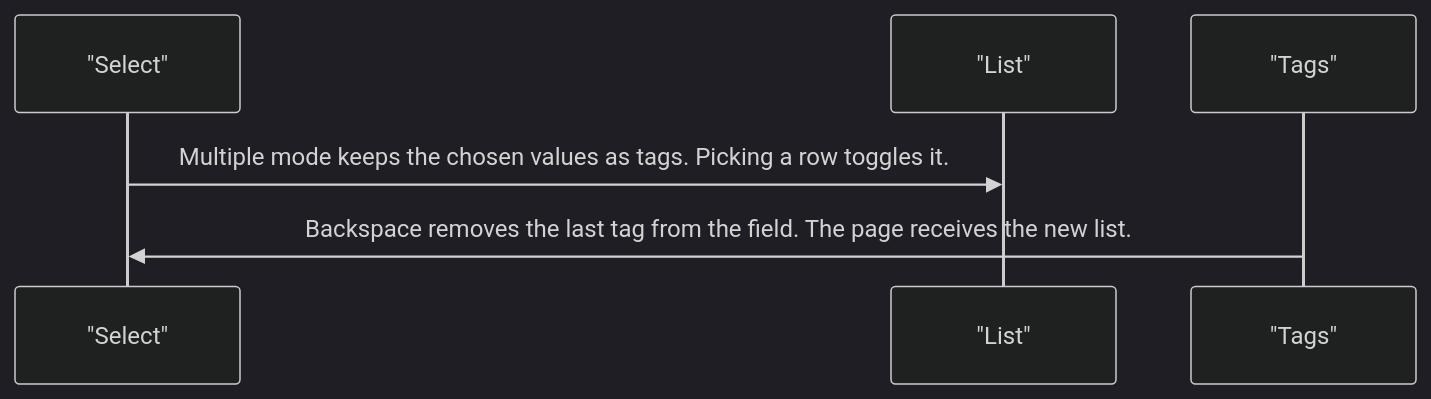
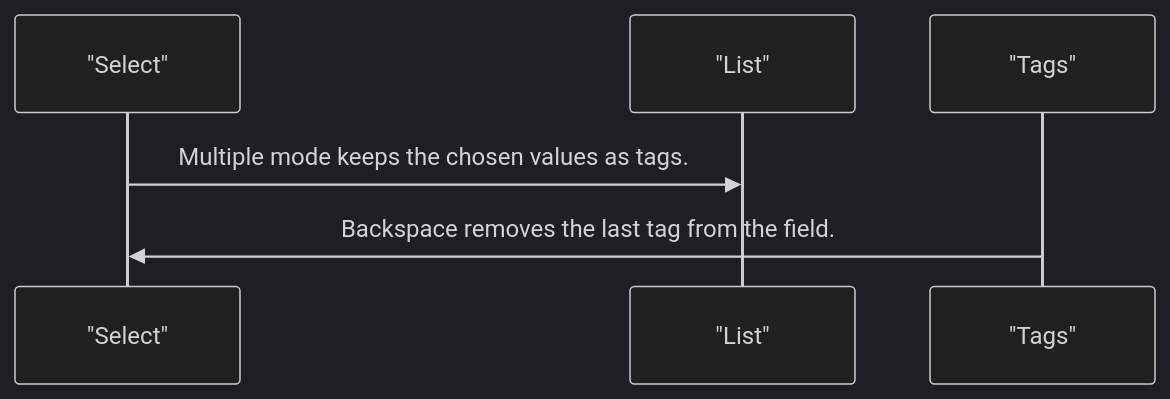
One commit to RajshekharBorate/pixel-ui changed the third of 5 diagrams in projects/pixel-ui/src/lib/pixel-select/DESIGN.md. Above: the diagram before and after it, drawn with Mermaid (dark theme). The commit also changed other lines of this file and 80 other files, not shown here.

Commit message:
Fill missing design flows and correct the stories that did not match component behavior.

````diff
--- a/projects/pixel-ui/src/lib/pixel-select/DESIGN.md
+++ b/projects/pixel-ui/src/lib/pixel-select/DESIGN.md
@@ -78,8 +78,8 @@
 ```mermaid
 sequenceDiagram
   participant select as "Select"
   participant list as "List"
   participant tags as "Tags"
-  select->>list: Multiple mode keeps the chosen values as tags. Picking a row toggles it.
-  tags->>select: Backspace removes the last tag from the field. The page receives the new list.
+  select->>list: Multiple mode keeps the chosen values as tags.
+  tags->>select: Backspace removes the last tag from the field.
 ```
````
